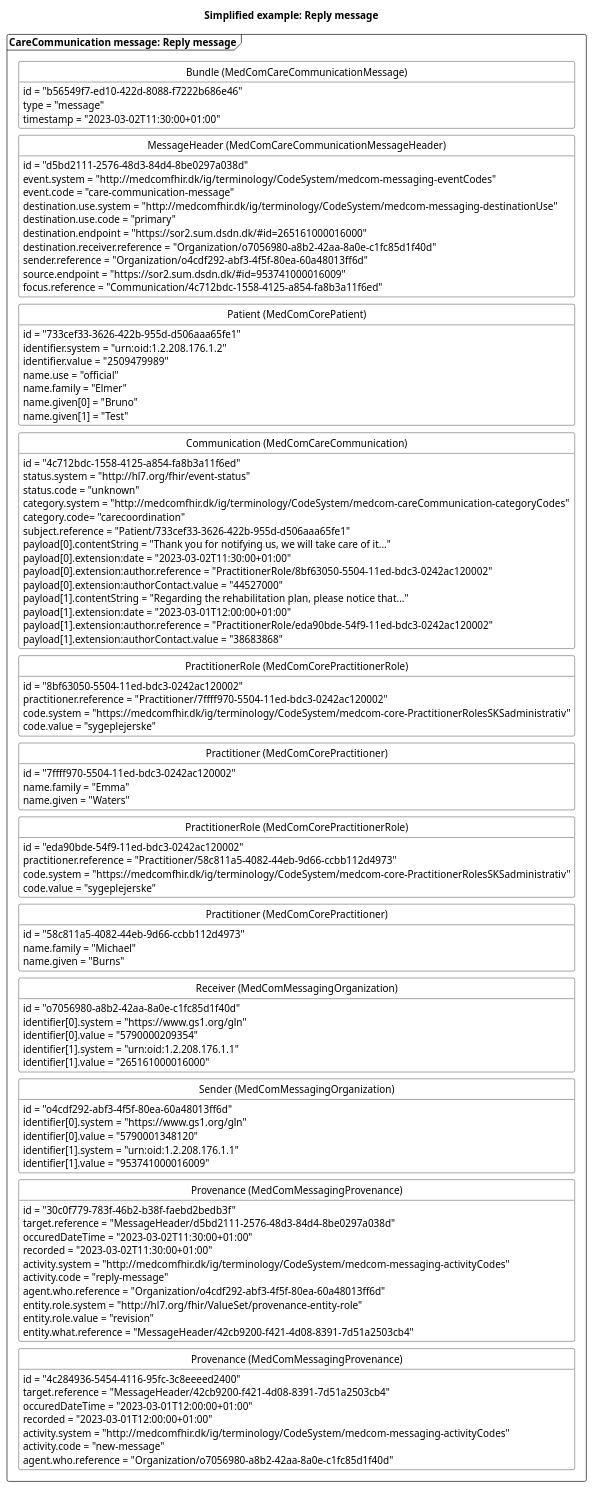
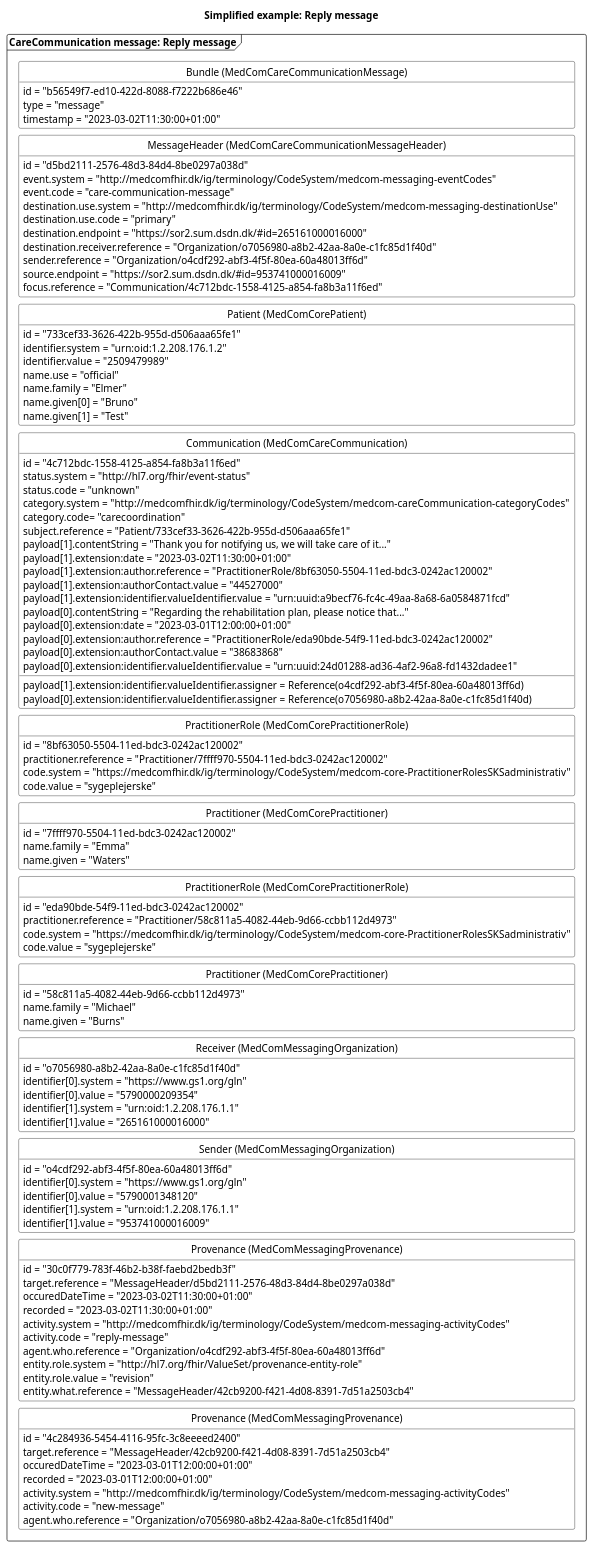
Before and after one commit to medcomdk/dk-medcom-carecommunication: the diagram in puml/CareCommunicationReplyMessage.puml, drawn with PlantUML. The commit also changed 22 other files, not shown here.

```diff
--- a/puml/CareCommunicationReplyMessage.puml
+++ b/puml/CareCommunicationReplyMessage.puml
@@ -1,133 +1,137 @@
 @startuml CCreplyMessage
 
 'layout
 skinparam class {
     BackgroundColor White
     BorderColor Black
     ArrowColor Black
   }
 hide circle
 hide empty members
 skinparam SameClassWidth true
 skinparam Ranksep 10
 
 
 'title
 title Simplified example: Reply message
 
 'Message 1: reply message
 package "CareCommunication message: Reply message" as reply <<Frame>>{
     class "Bundle (MedComCareCommunicationMessage)" as replyB {
         id = "b56549f7-ed10-422d-8088-f7222b686e46"
         type = "message"
         timestamp = "2023-03-02T11:30:00+01:00"
     }
     class "MessageHeader (MedComCareCommunicationMessageHeader)" as replyMH{
         id = "d5bd2111-2576-48d3-84d4-8be0297a038d"
         event.system = "http://medcomfhir.dk/ig/terminology/CodeSystem/medcom-messaging-eventCodes"
         event.code = "care-communication-message"
         destination.use.system = "http://medcomfhir.dk/ig/terminology/CodeSystem/medcom-messaging-destinationUse"
         destination.use.code = "primary"
         destination.endpoint = "https://sor2.sum.dsdn.dk/#id=265161000016000"
         destination.receiver.reference = "Organization/o7056980-a8b2-42aa-8a0e-c1fc85d1f40d"
         sender.reference = "Organization/o4cdf292-abf3-4f5f-80ea-60a48013ff6d"
         source.endpoint = "https://sor2.sum.dsdn.dk/#id=953741000016009"
         focus.reference = "Communication/4c712bdc-1558-4125-a854-fa8b3a11f6ed"
     }
     class "Patient (MedComCorePatient)" as replyPT{
         id = "733cef33-3626-422b-955d-d506aaa65fe1"
         identifier.system = "urn:oid:1.2.208.176.1.2"
         identifier.value = "2509479989"
         name.use = "official"
         name.family = "Elmer"
         name.given[0] = "Bruno"
         name.given[1] = "Test"
     }
     class "Communication (MedComCareCommunication)" as replyCom{
         id = "4c712bdc-1558-4125-a854-fa8b3a11f6ed"
         status.system = "http://hl7.org/fhir/event-status" 
         status.code = "unknown"
         category.system = "http://medcomfhir.dk/ig/terminology/CodeSystem/medcom-careCommunication-categoryCodes"
         category.code= "carecoordination"
         subject.reference = "Patient/733cef33-3626-422b-955d-d506aaa65fe1"
-        payload[0].contentString = "Thank you for notifying us, we will take care of it..."
-        payload[0].extension:date = "2023-03-02T11:30:00+01:00"
-        payload[0].extension:author.reference = "PractitionerRole/8bf63050-5504-11ed-bdc3-0242ac120002"
-        payload[0].extension:authorContact.value = "44527000"
-        payload[1].contentString = "Regarding the rehabilitation plan, please notice that..."
-        payload[1].extension:date = "2023-03-01T12:00:00+01:00"
-        payload[1].extension:author.reference = "PractitionerRole/eda90bde-54f9-11ed-bdc3-0242ac120002"
-        payload[1].extension:authorContact.value = "38683868"
+        payload[1].contentString = "Thank you for notifying us, we will take care of it..."
+        payload[1].extension:date = "2023-03-02T11:30:00+01:00"
+        payload[1].extension:author.reference = "PractitionerRole/8bf63050-5504-11ed-bdc3-0242ac120002"
+        payload[1].extension:authorContact.value = "44527000"
+        payload[1].extension:identifier.valueIdentifier.value = "urn:uuid:a9becf76-fc4c-49aa-8a68-6a0584871fcd"
+        payload[1].extension:identifier.valueIdentifier.assigner = Reference(o4cdf292-abf3-4f5f-80ea-60a48013ff6d)
+        payload[0].contentString = "Regarding the rehabilitation plan, please notice that..."
+        payload[0].extension:date = "2023-03-01T12:00:00+01:00"
+        payload[0].extension:author.reference = "PractitionerRole/eda90bde-54f9-11ed-bdc3-0242ac120002"
+        payload[0].extension:authorContact.value = "38683868"
+        payload[0].extension:identifier.valueIdentifier.value = "urn:uuid:24d01288-ad36-4af2-96a8-fd1432dadee1"
+        payload[0].extension:identifier.valueIdentifier.assigner = Reference(o7056980-a8b2-42aa-8a0e-c1fc85d1f40d)
     } 
     class "PractitionerRole (MedComCorePractitionerRole)" as replyPracR{
         id = "8bf63050-5504-11ed-bdc3-0242ac120002"
         practitioner.reference = "Practitioner/7ffff970-5504-11ed-bdc3-0242ac120002"
         code.system = "https://medcomfhir.dk/ig/terminology/CodeSystem/medcom-core-PractitionerRolesSKSadministrativ"
         code.value = "sygeplejerske"
     }
     class "Practitioner (MedComCorePractitioner)" as replyPrac{
         id = "7ffff970-5504-11ed-bdc3-0242ac120002"
         name.family = "Emma"
         name.given = "Waters"
     }
     class "PractitionerRole (MedComCorePractitionerRole)" as newPracR{
         id = "eda90bde-54f9-11ed-bdc3-0242ac120002"
         practitioner.reference = "Practitioner/58c811a5-4082-44eb-9d66-ccbb112d4973"
         code.system = "https://medcomfhir.dk/ig/terminology/CodeSystem/medcom-core-PractitionerRolesSKSadministrativ"
         code.value = "sygeplejerske"
     }
     class "Practitioner (MedComCorePractitioner)" as newPrac{
         id = "58c811a5-4082-44eb-9d66-ccbb112d4973"
         name.family = "Michael"
         name.given = "Burns"
     }
     class "Sender (MedComMessagingOrganization)" as replySOrg{
         id = "o4cdf292-abf3-4f5f-80ea-60a48013ff6d"
         identifier[0].system = "https://www.gs1.org/gln"
         identifier[0].value = "5790001348120"
         identifier[1].system = "urn:oid:1.2.208.176.1.1"
         identifier[1].value = "953741000016009"
     }
     class "Receiver (MedComMessagingOrganization)" as replyROrg{
         id = "o7056980-a8b2-42aa-8a0e-c1fc85d1f40d"
         identifier[0].system = "https://www.gs1.org/gln"
         identifier[0].value = "5790000209354"
         identifier[1].system = "urn:oid:1.2.208.176.1.1"
         identifier[1].value = "265161000016000"
     }
     class "Provenance (MedComMessagingProvenance)" as replyPRO{
         id = "30c0f779-783f-46b2-b38f-faebd2bedb3f"
         target.reference = "MessageHeader/d5bd2111-2576-48d3-84d4-8be0297a038d"
         occuredDateTime = "2023-03-02T11:30:00+01:00"
         recorded = "2023-03-02T11:30:00+01:00"
         activity.system = "http://medcomfhir.dk/ig/terminology/CodeSystem/medcom-messaging-activityCodes"
         activity.code = "reply-message"
         agent.who.reference = "Organization/o4cdf292-abf3-4f5f-80ea-60a48013ff6d"
         entity.role.system = "http://hl7.org/fhir/ValueSet/provenance-entity-role"
         entity.role.value = "revision"
         entity.what.reference = "MessageHeader/42cb9200-f421-4d08-8391-7d51a2503cb4"
     }
     class "Provenance (MedComMessagingProvenance)" as newPRO{
         id = "4c284936-5454-4116-95fc-3c8eeeed2400"
         target.reference = "MessageHeader/42cb9200-f421-4d08-8391-7d51a2503cb4"
         occuredDateTime = "2023-03-01T12:00:00+01:00"
         recorded = "2023-03-01T12:00:00+01:00"
         activity.system = "http://medcomfhir.dk/ig/terminology/CodeSystem/medcom-messaging-activityCodes"
         activity.code = "new-message"
         agent.who.reference = "Organization/o7056980-a8b2-42aa-8a0e-c1fc85d1f40d"
     }
 
 replyB -[hidden]- replyMH
 replyMH -[hidden]-replyPT
 replyPT-[hidden]-replyCom
 replyCom -[hidden]-replyPracR
 replyPracR-[hidden]-replyPrac
 replyPrac-[hidden]-newPracR
 newPracR-[hidden]-newPrac
 newPrac-[hidden]-replyROrg
 replyROrg-[hidden]- replySOrg
 replySOrg-[hidden]-replyPRO
 replyPRO-[hidden]-newPRO
 
 
 @enduml
```
